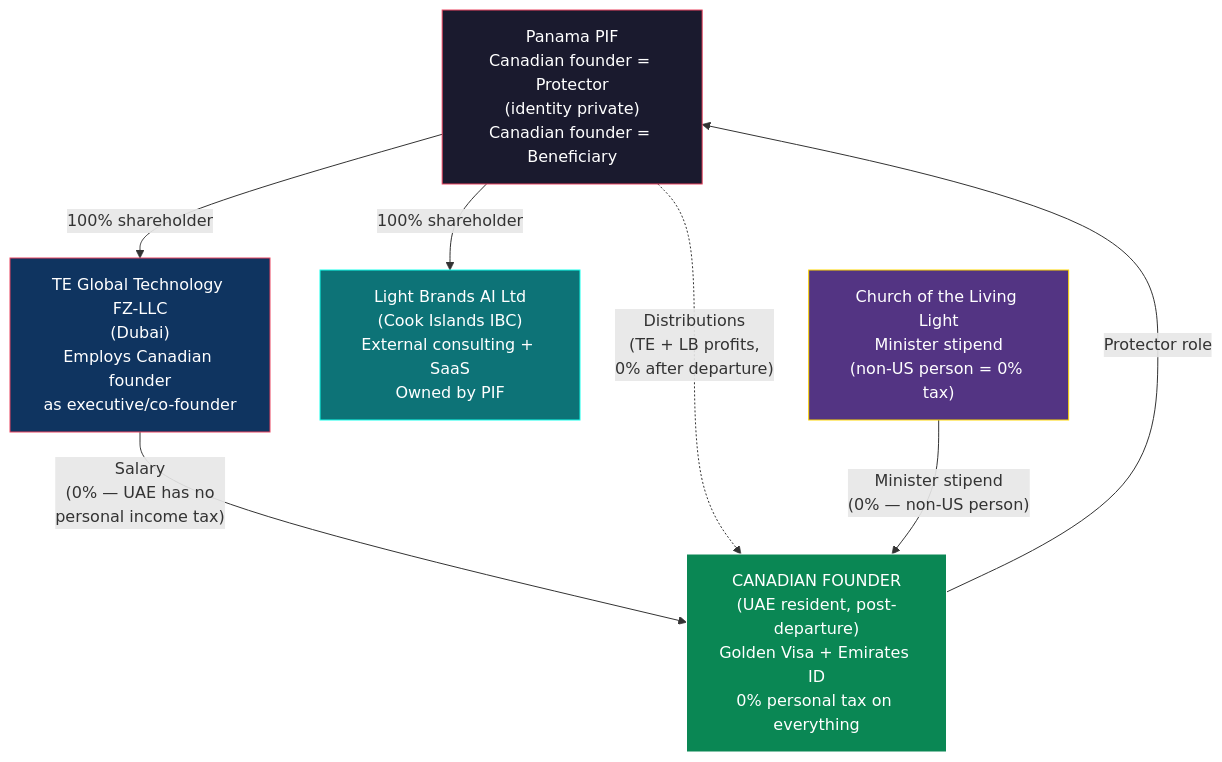
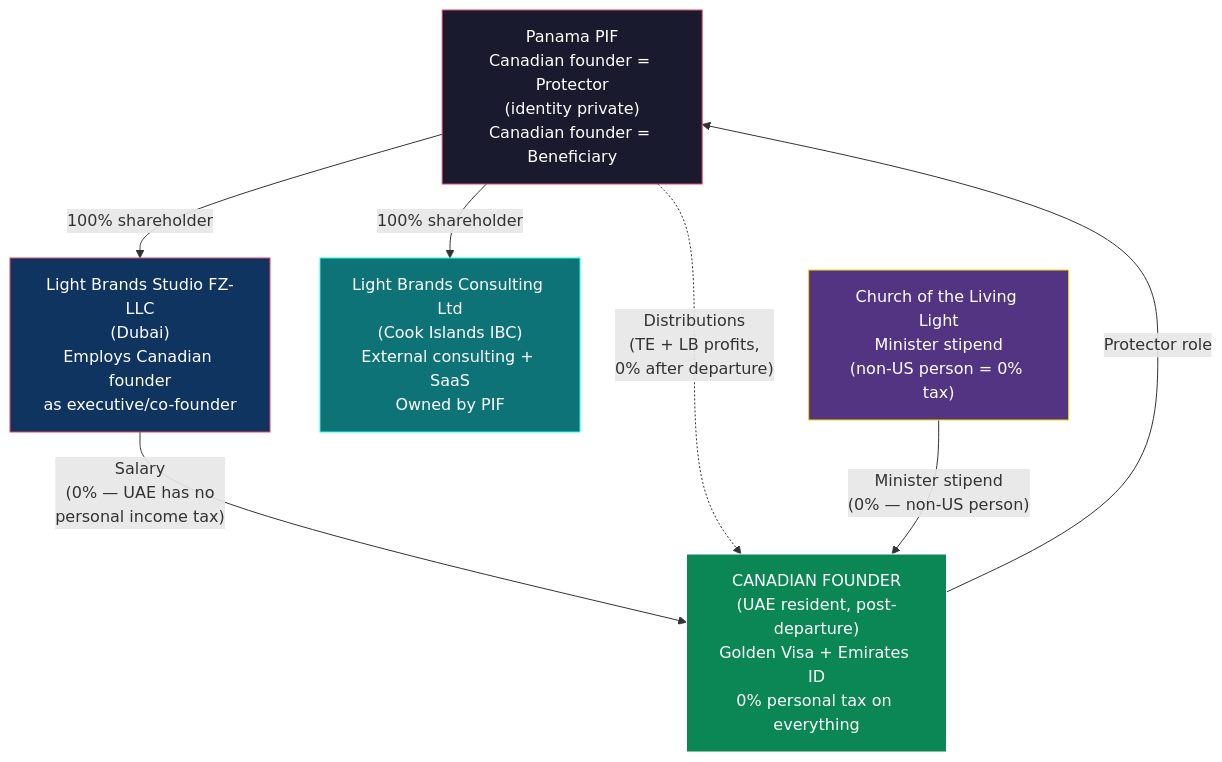
One commit to Light-Brands/epic-center changed the diagram in docs/tax-structure/04-FOUNDER-GUIDE-CANADA.md. Above: the diagram before and after it, drawn with Mermaid. The commit also changed other lines of this file and 7 other files, not shown here.

First line of the commit message:
Rename entities: Light Brands Studio (UAE) + Light Brands Consulting (CI IBC)

````diff
--- a/docs/tax-structure/04-FOUNDER-GUIDE-CANADA.md
+++ b/docs/tax-structure/04-FOUNDER-GUIDE-CANADA.md
@@ -18,25 +18,25 @@
 ```mermaid
 graph TB
     PIF["Panama PIF<br/>Canadian founder = Protector<br/>(identity private)<br/>Canadian founder = Beneficiary"]
 
-    UAE["TE Global Technology FZ-LLC<br/>(Dubai)<br/>Employs Canadian founder<br/>as executive/co-founder"]
+    UAE["Light Brands Studio FZ-LLC<br/>(Dubai)<br/>Employs Canadian founder<br/>as executive/co-founder"]
 
-    CI["Light Brands AI Ltd<br/>(Cook Islands IBC)<br/>External consulting + SaaS<br/>Owned by PIF"]
+    CI["Light Brands Consulting Ltd<br/>(Cook Islands IBC)<br/>External consulting + SaaS<br/>Owned by PIF"]
 
     CHURCH["Church of the Living Light<br/>Minister stipend<br/>(non-US person = 0% tax)"]
 
     CA["CANADIAN FOUNDER<br/>(UAE resident, post-departure)<br/>Golden Visa + Emirates ID<br/>0% personal tax on everything"]
 
     PIF -->|"100% shareholder"| UAE
     PIF -->|"100% shareholder"| CI
     UAE -->|"Salary<br/>(0% — UAE has no<br/>personal income tax)"| CA
     PIF -.->|"Distributions<br/>(TE + LB profits,<br/>0% after departure)"| CA
     CHURCH -->|"Minister stipend<br/>(0% — non-US person)"| CA
     CA -->|"Protector role"| PIF
 
     style PIF fill:#1a1a2e,stroke:#e94560,color:#fff
     style UAE fill:#0f3460,stroke:#e94560,color:#fff
     style CI fill:#0d7377,stroke:#14ffec,color:#fff
     style CHURCH fill:#533483,stroke:#ffd700,color:#fff
     style CA fill:#0a8754,stroke:#fff,color:#fff
 ```
````
